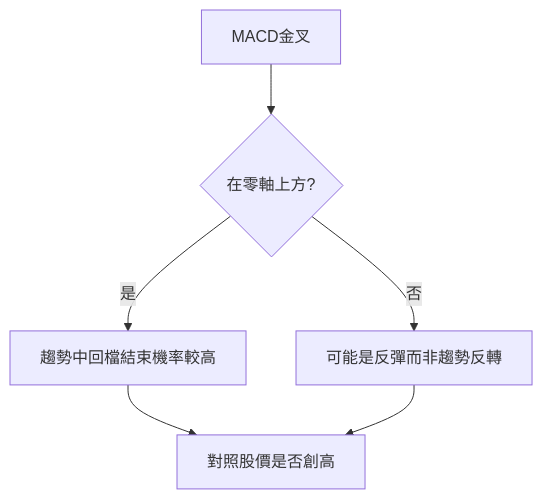
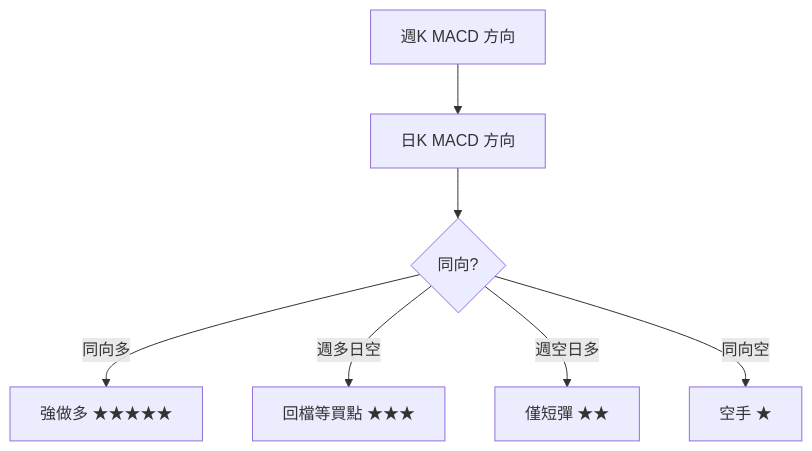
The diagram in docs/04-charts/macd.md (skymiku39/stock_school), drawn with Mermaid before and after one commit. The commit also changed other lines of this file and 35 other files, not shown here.

````diff
--- a/docs/04-charts/macd.md
+++ b/docs/04-charts/macd.md
@@ -37,8 +133,9 @@
 ```mermaid
 flowchart TD
-    A[MACD金叉] --> B{在零軸上方?}
-    B -->|是| C[趨勢中回檔結束機率較高]
-    B -->|否| D[可能是反彈而非趨勢反轉]
-    C --> E[對照股價是否創高]
-    D --> E
+    W[週K MACD 方向] --> D[日K MACD 方向]
+    D --> C{同向?}
+    C -->|同向多| S[強做多 ★★★★★]
+    C -->|週多日空| R[回檔等買點 ★★★]
+    C -->|週空日多| B[僅短彈 ★★]
+    C -->|同向空| X[空手 ★]
 ```
````
